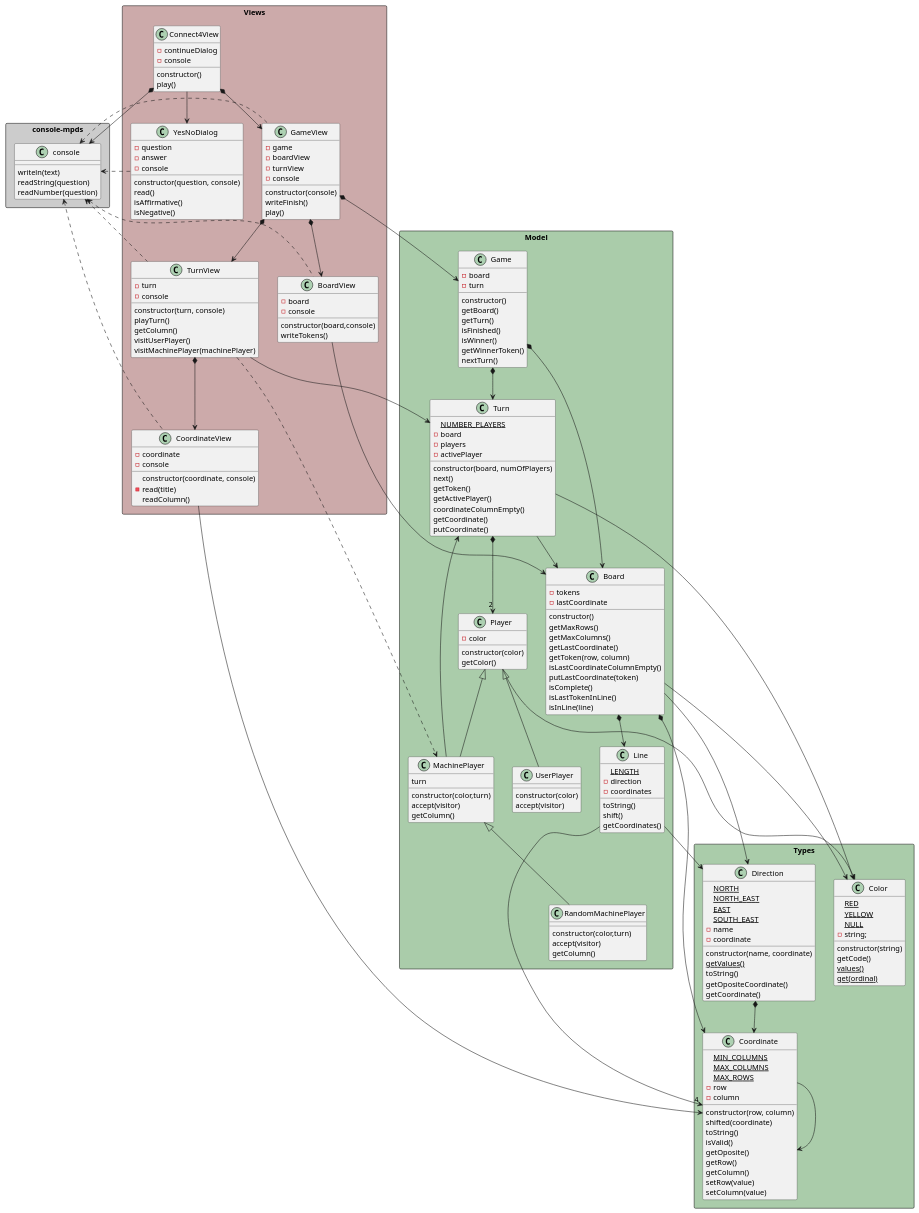
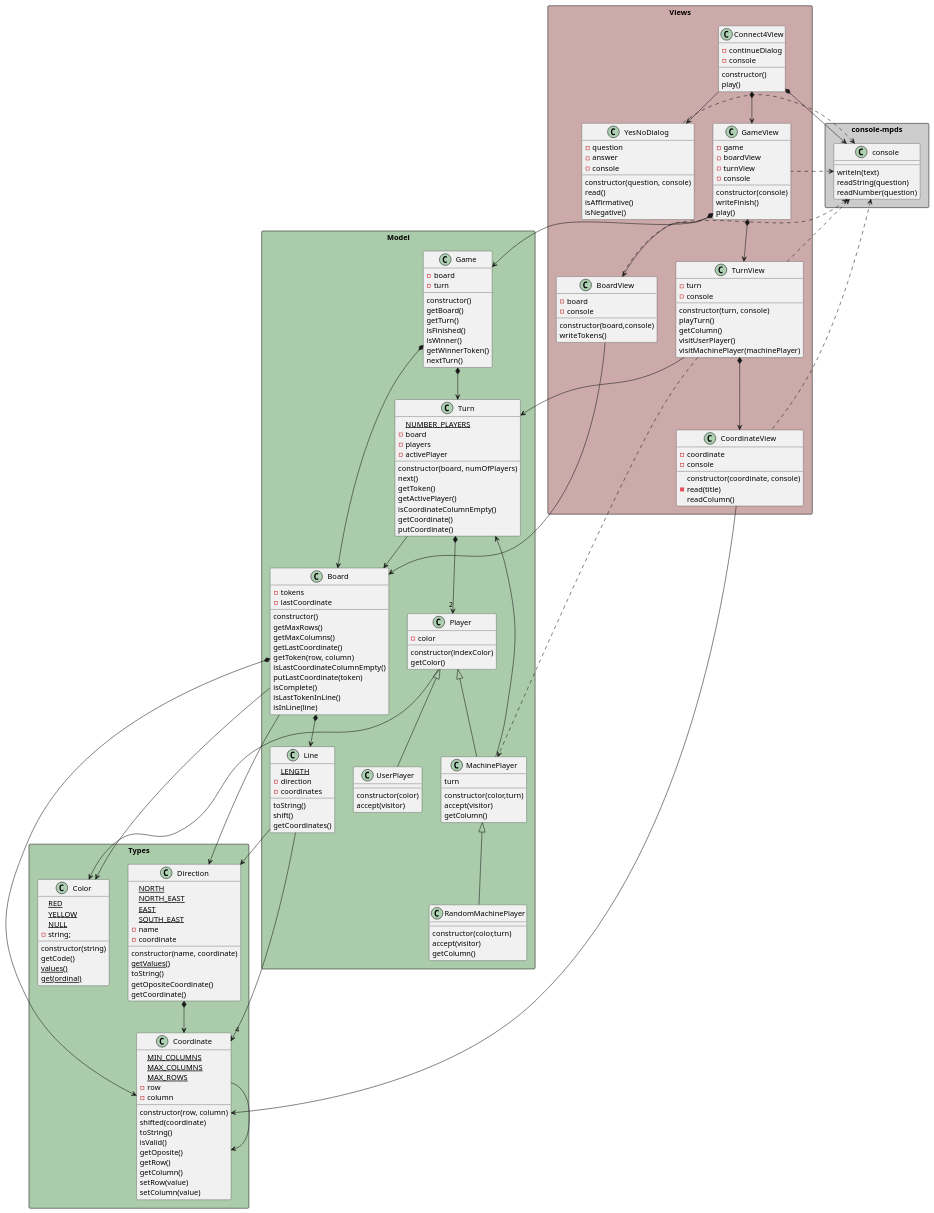
Before and after one commit to mpaulaherrero/escuelaIT: the diagram in game-connect4/docs/diagrams/objectOriented/classNotation/class diagram.plantuml, drawn with PlantUML. The commit also changed 5 other files, not shown here.

Commit message:
isCoordinateColumnEmpty  y Turn sin Color

```diff
--- a/game-connect4/docs/diagrams/objectOriented/classNotation/class diagram.plantuml
+++ b/game-connect4/docs/diagrams/objectOriented/classNotation/class diagram.plantuml
@@ -92,7 +92,7 @@
 
     class Player{
         -color
-        constructor(color)
+        constructor(indexColor)
         getColor()
     }
 
@@ -123,7 +123,7 @@
         next()
         getToken()
         getActivePlayer()
-        coordinateColumnEmpty()
+        isCoordinateColumnEmpty()
         getCoordinate()
         putCoordinate()
     }
@@ -203,7 +203,6 @@
 
 Turn *-down-> "2" Player
 Turn -down-> Board
-Turn -down-> Color
 
 Game *-down-> Board
 Game *-down-> Turn
```
